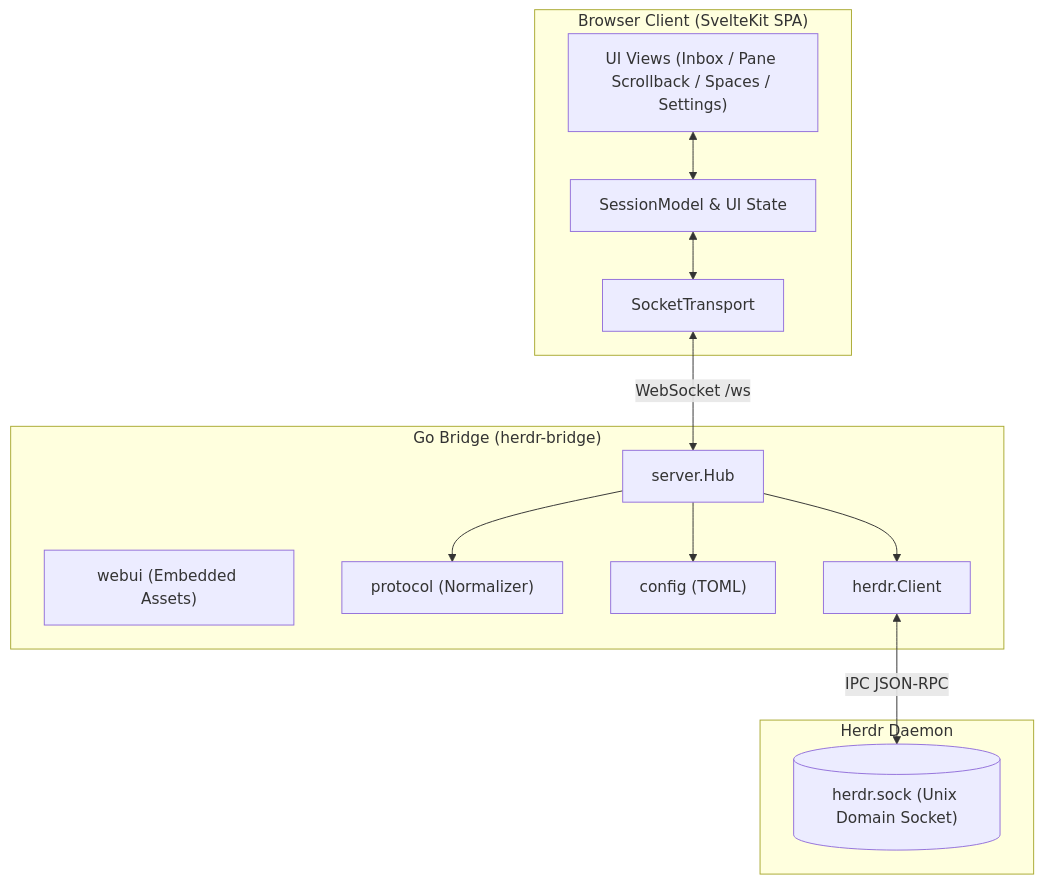
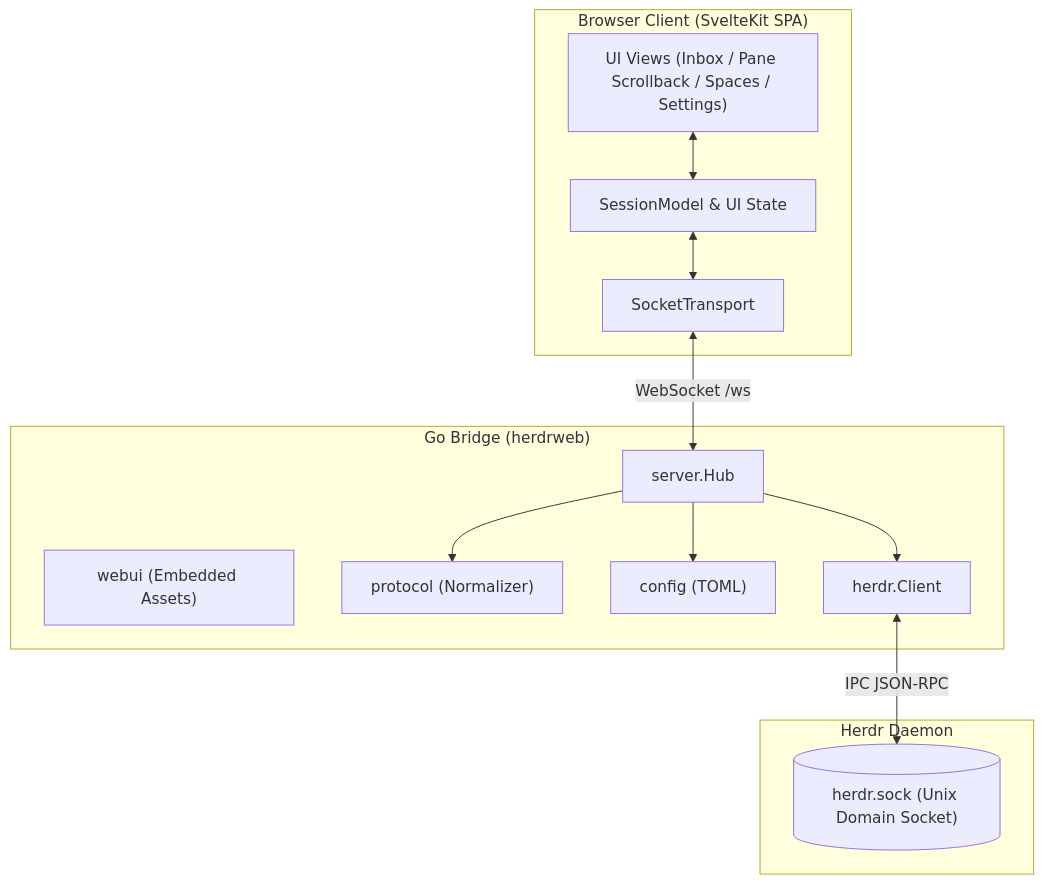
The first of 2 diagrams in docs/ARCHITECTURE_RECOMMENDATIONS.md (sarathsp06/herdrweb), drawn with Mermaid before and after one commit. The commit also changed other lines of this file and 16 other files, not shown here.

First line of the commit message:
rename(build): binary name herdr-bridge -> herdrweb

````diff
--- a/docs/ARCHITECTURE_RECOMMENDATIONS.md
+++ b/docs/ARCHITECTURE_RECOMMENDATIONS.md
@@ -16,28 +16,28 @@
 ```mermaid
 graph TD
     subgraph Browser ["Browser Client (SvelteKit SPA)"]
         UI["UI Views (Inbox / Pane Scrollback / Spaces / Settings)"]
         SM["SessionModel & UI State"]
         ST["SocketTransport"]
         UI <--> SM
         SM <--> ST
     end
 
-    subgraph Bridge ["Go Bridge (herdr-bridge)"]
+    subgraph Bridge ["Go Bridge (herdrweb)"]
         Hub["server.Hub"]
         WebUI["webui (Embedded Assets)"]
         Proto["protocol (Normalizer)"]
         Cfg["config (TOML)"]
         Client["herdr.Client"]
 
         ST <-->|WebSocket /ws| Hub
         Hub --> Proto
         Hub --> Cfg
         Hub --> Client
     end
 
     subgraph Daemon ["Herdr Daemon"]
         Sock[("herdr.sock (Unix Domain Socket)")]
         Client <-->|IPC JSON-RPC| Sock
     end
 ```
````
